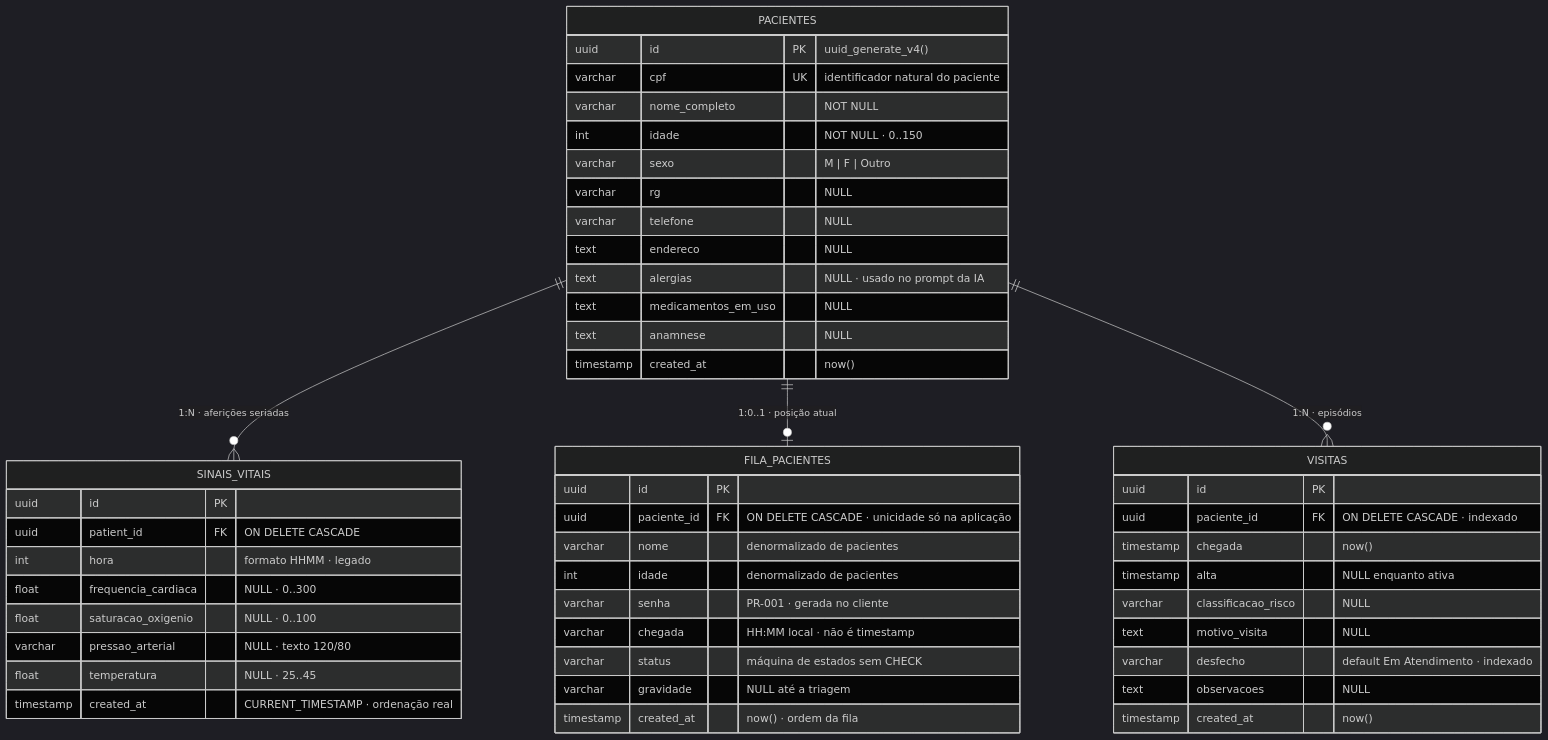
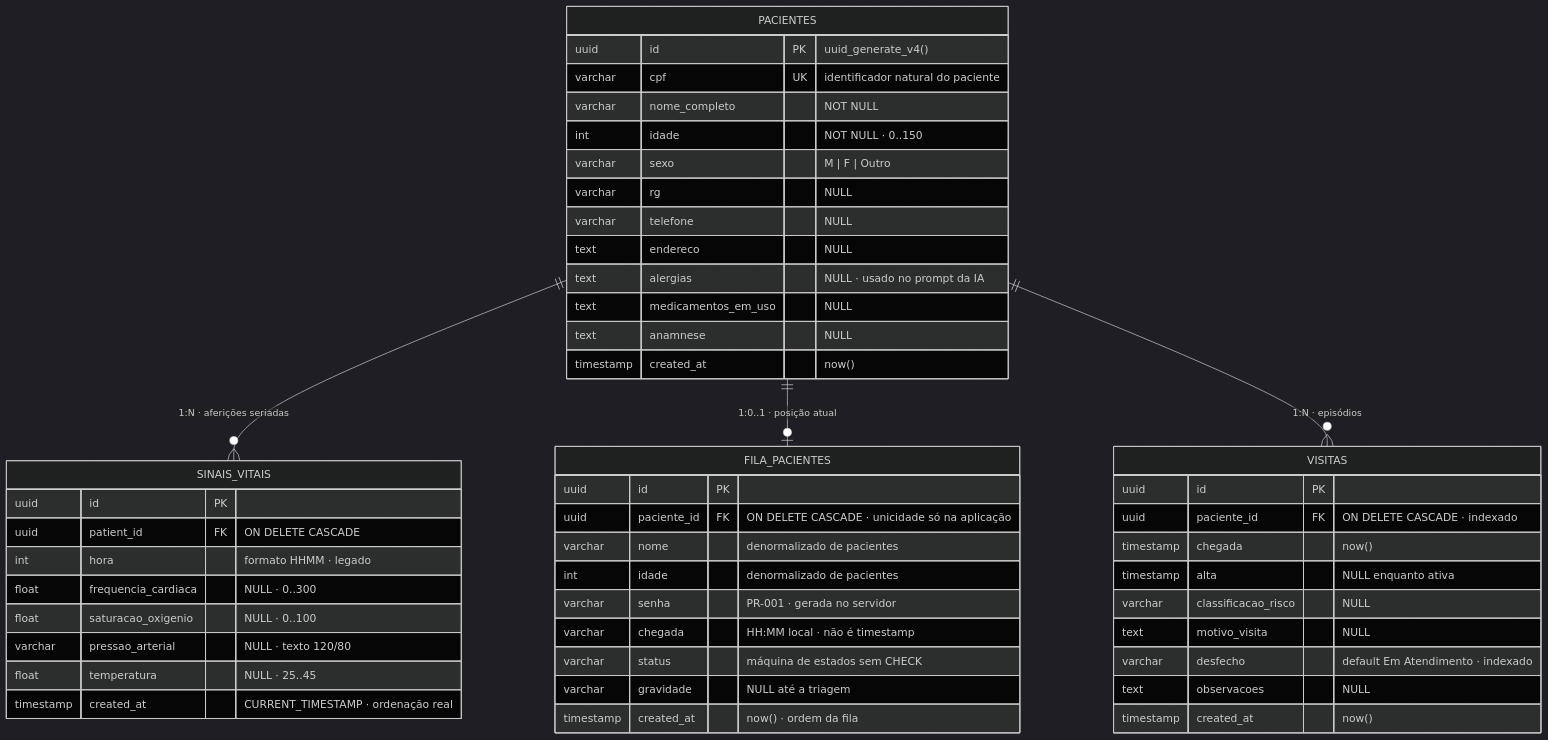
Before and after one commit to MikaelDiogo/HealthHub_Mono: diagram 12 of 31 in DOCUMENTO_ENGENHARIA_SOFTWARE.md, drawn with Mermaid (dark theme). The commit also changed other lines of this file and 15 other files, not shown here.

First line of the commit message:
fix(fila): admissão atômica, senha gerada no servidor e índice único por paciente

````diff
--- a/DOCUMENTO_ENGENHARIA_SOFTWARE.md
+++ b/DOCUMENTO_ENGENHARIA_SOFTWARE.md
@@ -873,56 +873,56 @@
 ```mermaid
 erDiagram
     PACIENTES ||--o{ SINAIS_VITAIS : "1:N · aferições seriadas"
     PACIENTES ||--o| FILA_PACIENTES : "1:0..1 · posição atual"
     PACIENTES ||--o{ VISITAS : "1:N · episódios"
 
     PACIENTES {
         uuid id PK "uuid_generate_v4()"
         varchar cpf UK "identificador natural do paciente"
         varchar nome_completo "NOT NULL"
         int idade "NOT NULL · 0..150"
         varchar sexo "M | F | Outro"
         varchar rg "NULL"
         varchar telefone "NULL"
         text endereco "NULL"
         text alergias "NULL · usado no prompt da IA"
         text medicamentos_em_uso "NULL"
         text anamnese "NULL"
         timestamp created_at "now()"
     }
 
     SINAIS_VITAIS {
         uuid id PK
         uuid patient_id FK "ON DELETE CASCADE"
         int hora "formato HHMM · legado"
         float frequencia_cardiaca "NULL · 0..300"
         float saturacao_oxigenio "NULL · 0..100"
         varchar pressao_arterial "NULL · texto 120/80"
         float temperatura "NULL · 25..45"
         timestamp created_at "CURRENT_TIMESTAMP · ordenação real"
     }
 
     FILA_PACIENTES {
         uuid id PK
         uuid paciente_id FK "ON DELETE CASCADE · unicidade só na aplicação"
         varchar nome "denormalizado de pacientes"
         int idade "denormalizado de pacientes"
-        varchar senha "PR-001 · gerada no cliente"
+        varchar senha "PR-001 · gerada no servidor"
         varchar chegada "HH:MM local · não é timestamp"
         varchar status "máquina de estados sem CHECK"
         varchar gravidade "NULL até a triagem"
         timestamp created_at "now() · ordem da fila"
     }
 
     VISITAS {
         uuid id PK
         uuid paciente_id FK "ON DELETE CASCADE · indexado"
         timestamp chegada "now()"
         timestamp alta "NULL enquanto ativa"
         varchar classificacao_risco "NULL"
         text motivo_visita "NULL"
         varchar desfecho "default Em Atendimento · indexado"
         text observacoes "NULL"
         timestamp created_at "now()"
     }
 ```
````
